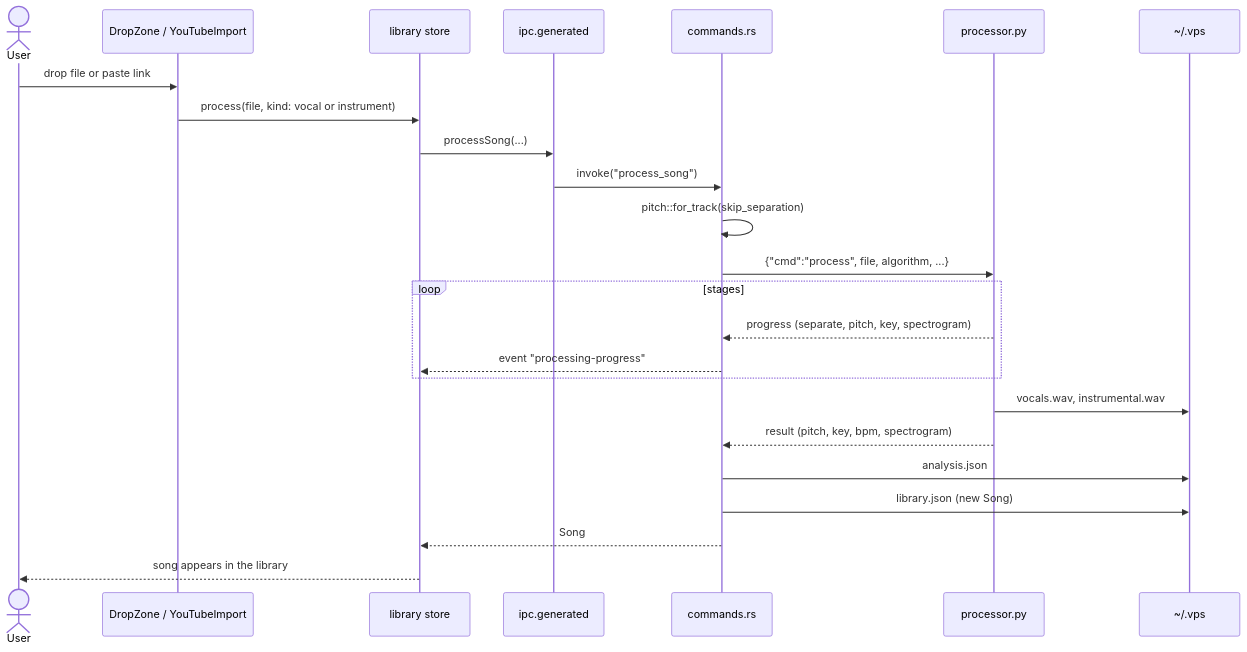
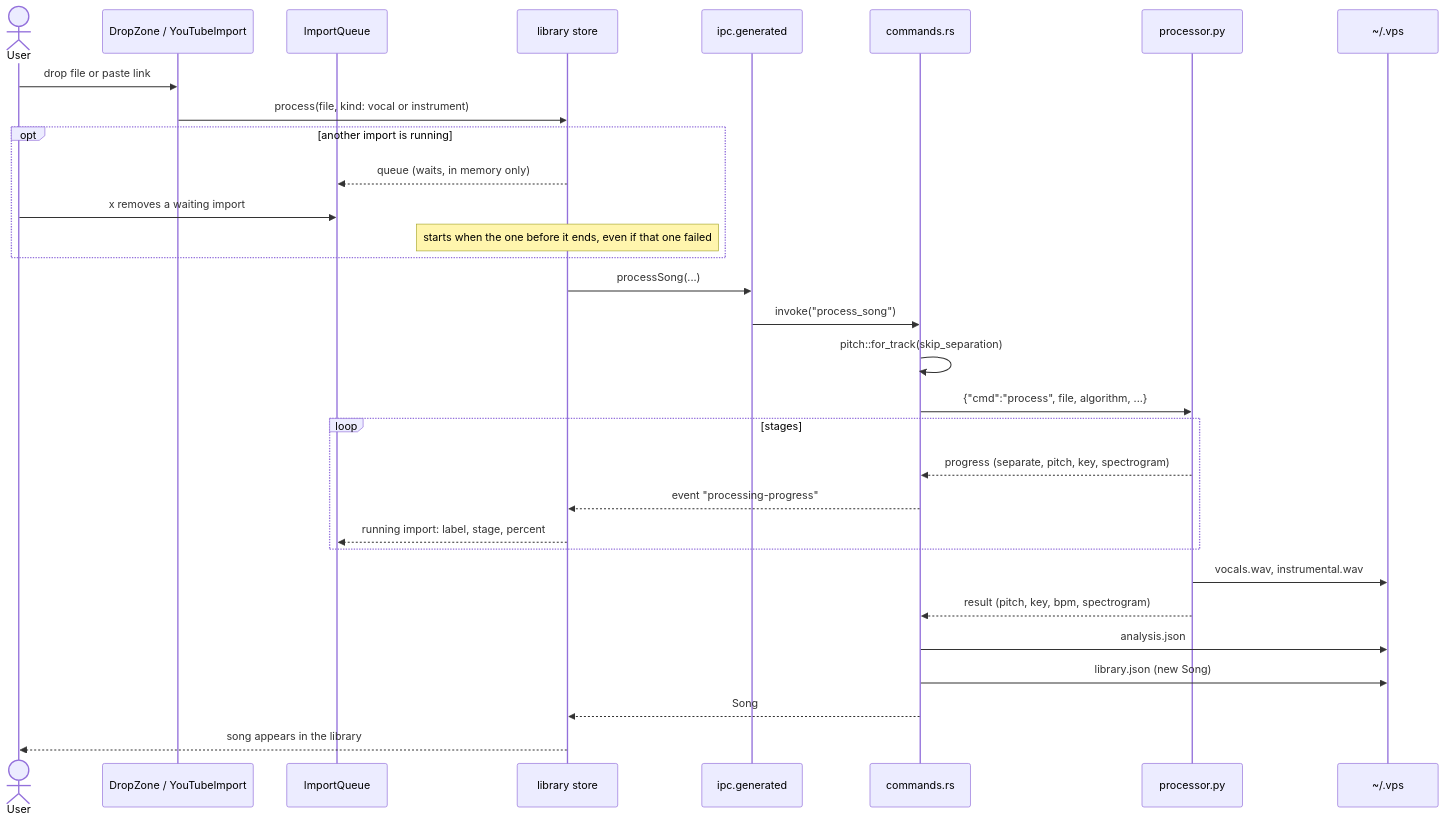
The tenth of 13 diagrams in wiki/uml.md (giamat90/vps), drawn with Mermaid before and after one commit. The commit also changed 8 other files, not shown here.

````diff
--- a/wiki/uml.md
+++ b/wiki/uml.md
@@ -492,27 +492,34 @@
 ```mermaid
 sequenceDiagram
     actor U as User
     participant UP as DropZone / YouTubeImport
+    participant IQ as ImportQueue
     participant LS as library store
     participant I as ipc.generated
     participant R as commands.rs
     participant P as processor.py
     participant FS as ~/.vps
 
     U->>UP: drop file or paste link
     UP->>LS: process(file, kind: vocal or instrument)
+    opt another import is running
+        LS-->>IQ: queue (waits, in memory only)
+        U->>IQ: x removes a waiting import
+        Note over LS: starts when the one before it ends, even if that one failed
+    end
     LS->>I: processSong(...)
     I->>R: invoke("process_song")
     R->>R: pitch::for_track(skip_separation)
     R->>P: {"cmd":"process", file, algorithm, ...}
     loop stages
         P-->>R: progress (separate, pitch, key, spectrogram)
         R-->>LS: event "processing-progress"
+        LS-->>IQ: running import: label, stage, percent
     end
     P->>FS: vocals.wav, instrumental.wav
     P-->>R: result (pitch, key, bpm, spectrogram)
     R->>FS: analysis.json
     R->>FS: library.json (new Song)
     R-->>LS: Song
     LS-->>U: song appears in the library
 ```
````
